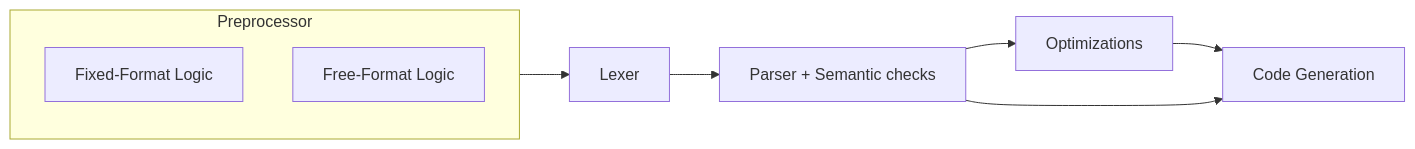
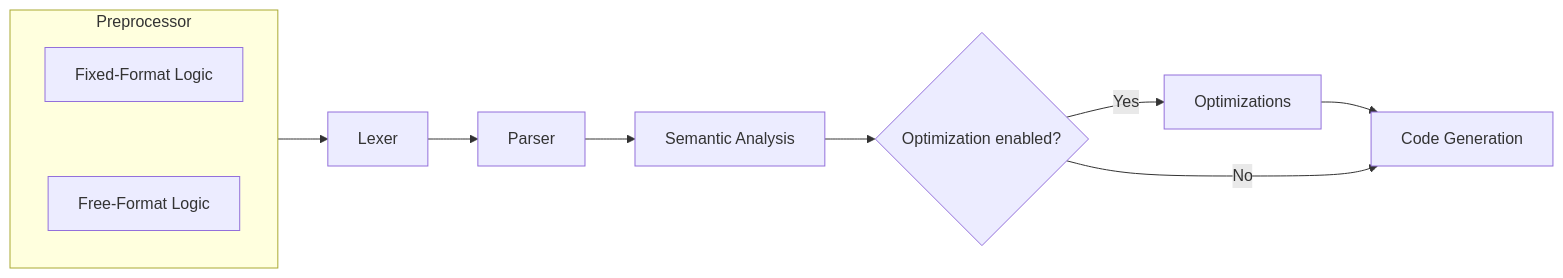
Before and after one commit to migueltc13/project-LP: the diagram in README.md, drawn with Mermaid. The commit also changed other lines of this file, not shown here.

Commit message:
docs(README.md): update "Compiler Pipeline"

````diff
--- a/README.md
+++ b/README.md
@@ -44,23 +44,25 @@
 ```mermaid
 graph LR
     %% Modules
-    subgraph Preprocessor
+    subgraph PRE[Preprocessor]
+        direction TB
         P_FIXED[Fixed-Format Logic]
         P_FREE[Free-Format Logic]
+        P_FIXED ~~~ P_FREE
     end
     LEX[Lexer]
-    YACC[Parser + Semantic checks]
+    PARSER[Parser]
+    SEMANTIC[Semantic Analysis]
+    DECIDE{"Optimization enabled?"}
     OPT[Optimizations]
     GEN[Code Generation]
 
     %% Connections
-    Preprocessor --> LEX
-    %% P_FIXED --> LEX
-    %% P_FREE --> LEX
-    LEX --> YACC
-    OPT --> GEN
-    YACC --> OPT
-    %% YACC -->|Optimization Flag| OPT
-    YACC --> GEN
-
+    PRE      --> LEX
+    LEX      --> PARSER
+    PARSER   --> SEMANTIC
+    SEMANTIC --> DECIDE
+    DECIDE   -->|"Yes"| OPT
+    OPT      --> GEN
+    DECIDE   -->|"No"| GEN
 ```
````
